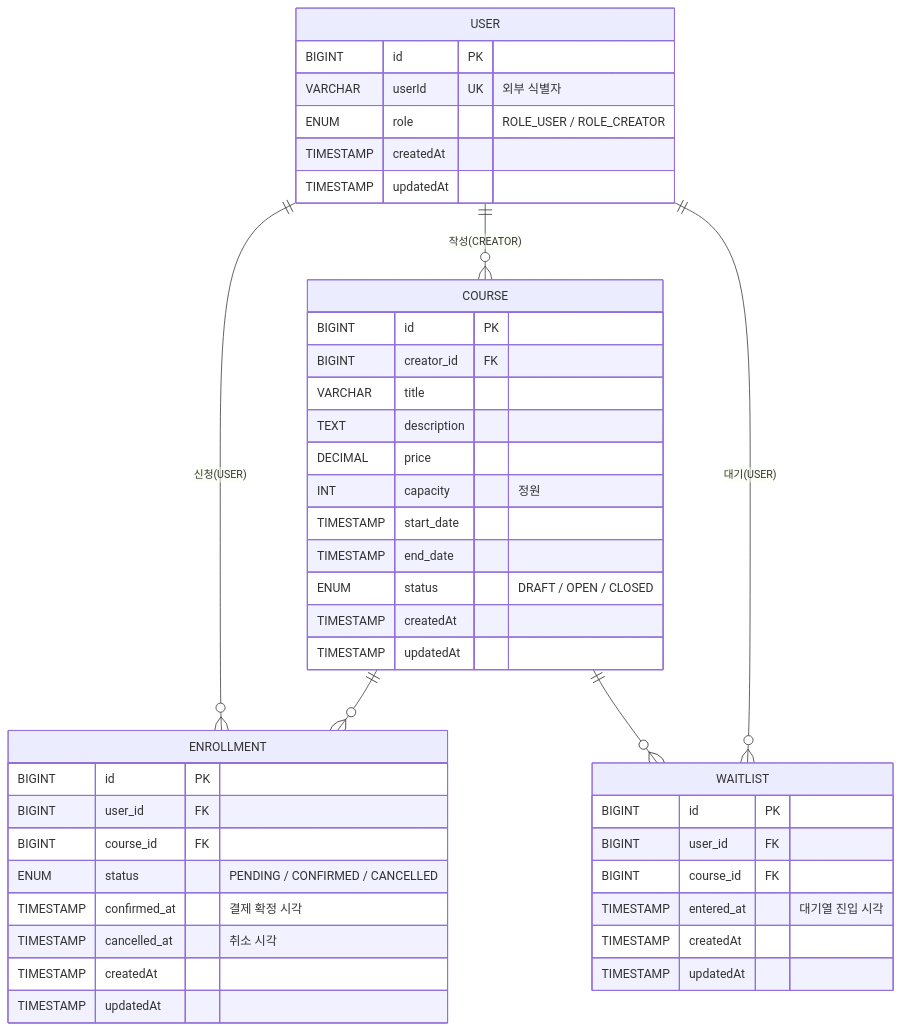
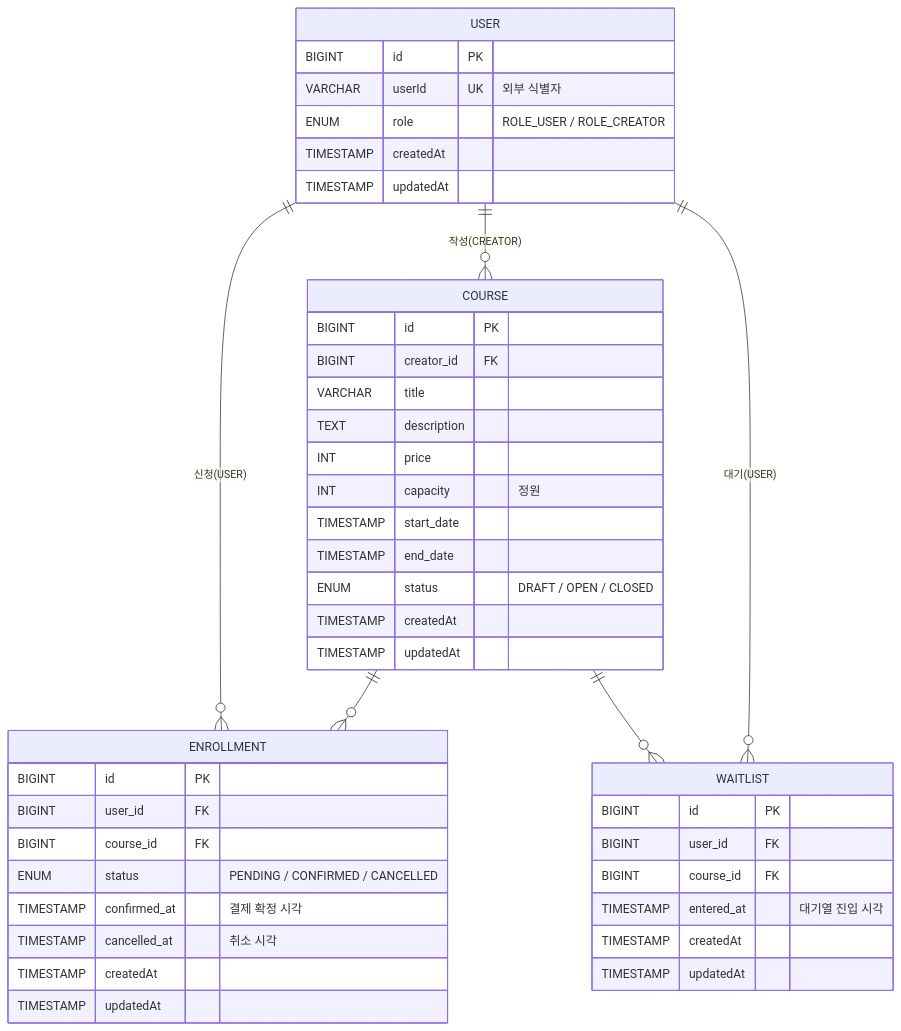
The diagram in README.md (gusgh075/liveklass-assignment-course-registration), drawn with Mermaid before and after one commit. The commit also changed other lines of this file, not shown here.

Commit message:
docs: 모델링 결정 추가 - price 타입 decimal -> integer - 과한 문체 수정

````diff
--- a/README.md
+++ b/README.md
@@ -257,47 +257,47 @@
 ```mermaid
 erDiagram
     USER ||--o{ COURSE : "작성(CREATOR)"
     USER ||--o{ ENROLLMENT : "신청(USER)"
     COURSE ||--o{ ENROLLMENT : ""
     COURSE ||--o{ WAITLIST : ""
     USER ||--o{ WAITLIST : "대기(USER)"
 
     USER {
         BIGINT id PK
         VARCHAR userId UK "외부 식별자"
         ENUM role "ROLE_USER / ROLE_CREATOR"
         TIMESTAMP createdAt
         TIMESTAMP updatedAt
     }
     COURSE {
         BIGINT id PK
         BIGINT creator_id FK
         VARCHAR title
         TEXT description
-        DECIMAL price
+        INT price
         INT capacity "정원"
         TIMESTAMP start_date
         TIMESTAMP end_date
         ENUM status "DRAFT / OPEN / CLOSED"
         TIMESTAMP createdAt
         TIMESTAMP updatedAt
     }
     ENROLLMENT {
         BIGINT id PK
         BIGINT user_id FK
         BIGINT course_id FK
         ENUM status "PENDING / CONFIRMED / CANCELLED"
         TIMESTAMP confirmed_at "결제 확정 시각"
         TIMESTAMP cancelled_at "취소 시각"
         TIMESTAMP createdAt
         TIMESTAMP updatedAt
     }
     WAITLIST {
         BIGINT id PK
         BIGINT user_id FK
         BIGINT course_id FK
         TIMESTAMP entered_at "대기열 진입 시각"
         TIMESTAMP createdAt
         TIMESTAMP updatedAt
     }
 ```
````
